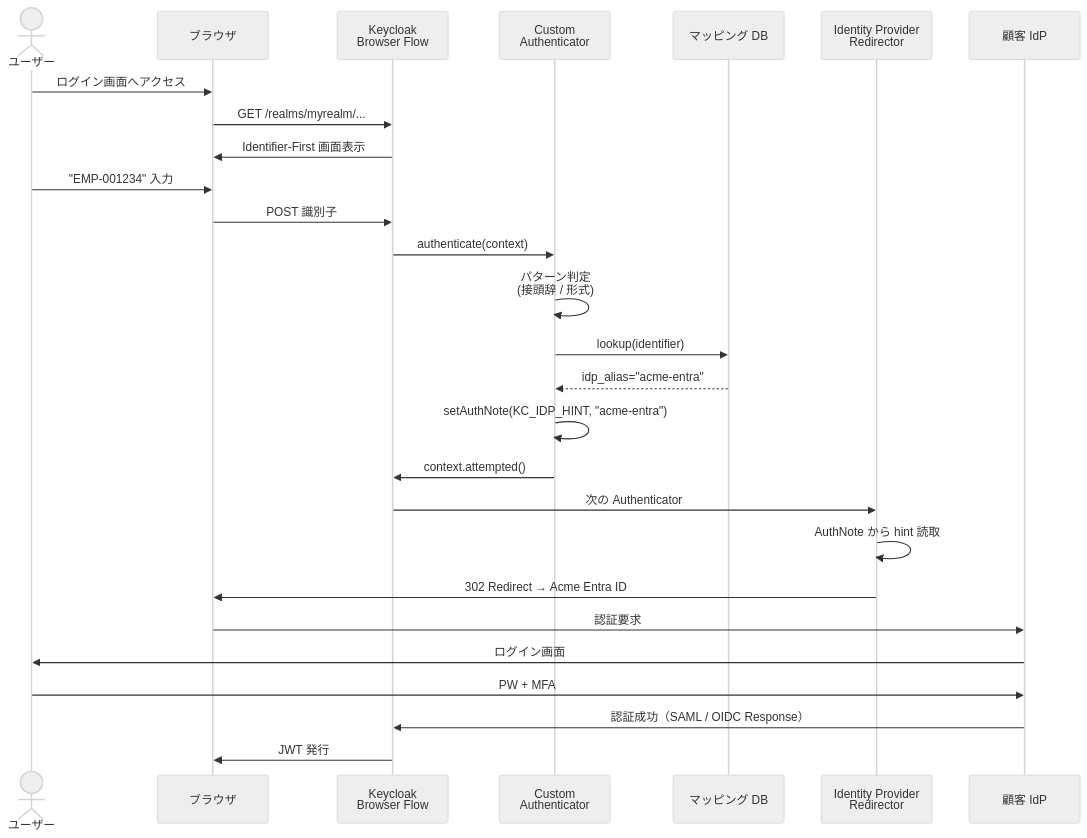
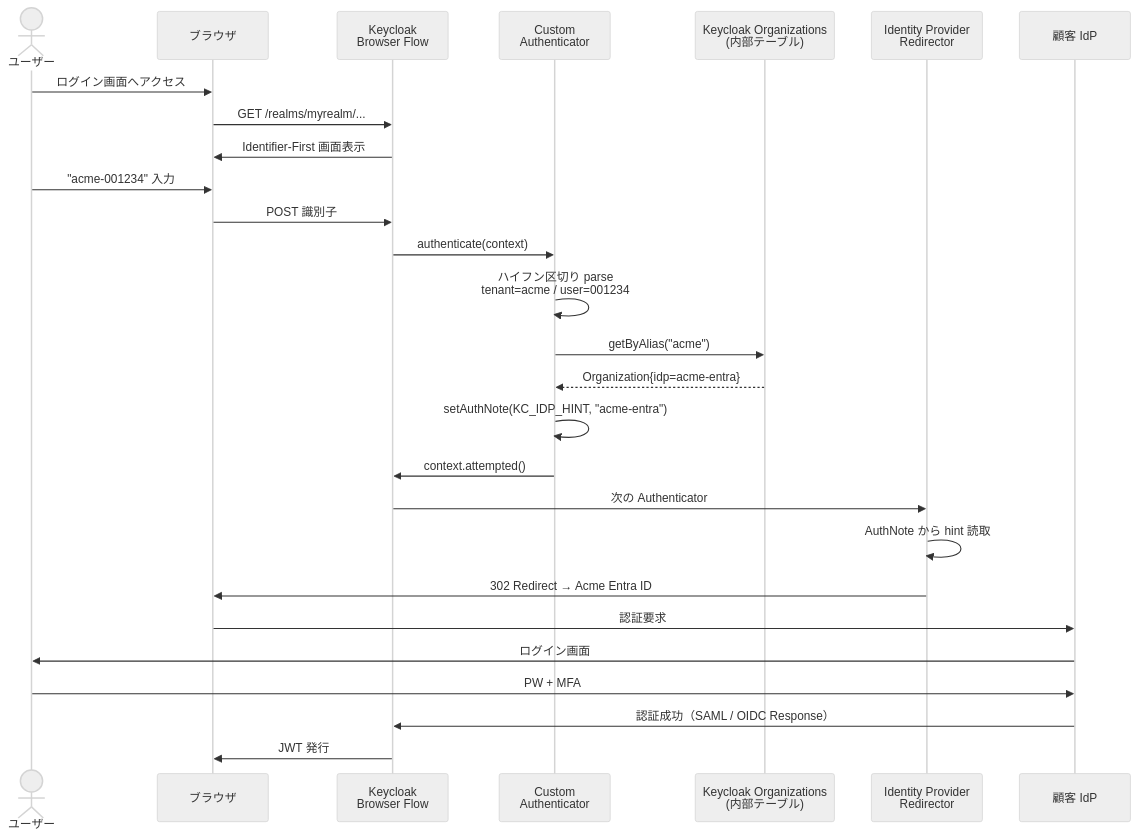
One commit to suepie/aws-atuh-poc changed the second of 10 diagrams in doc/adr/055-hrd-implementation-method-selection.md. Above: the diagram before and after it, drawn with Mermaid (neutral theme). The commit also changed other lines of this file and 3 other files, not shown here.

First line of the commit message:
HRD 設計確定: ハイフン区切り <tenant>-<userid> + 薄い SPI + Keycloak Organizations 内部データ

````diff
--- a/doc/adr/055-hrd-implementation-method-selection.md
+++ b/doc/adr/055-hrd-implementation-method-selection.md
@@ -98,30 +146,30 @@
 ```mermaid
 sequenceDiagram
     actor User as ユーザー
     participant Browser as ブラウザ
     participant KC as Keycloak<br/>Browser Flow
     participant Auth as Custom<br/>Authenticator
-    participant Map as マッピング DB
+    participant Map as Keycloak Organizations<br/>(内部テーブル)
     participant IPR as Identity Provider<br/>Redirector
     participant IdP as 顧客 IdP
 
     User->>Browser: ログイン画面へアクセス
     Browser->>KC: GET /realms/myrealm/...
     KC->>Browser: Identifier-First 画面表示
-    User->>Browser: "EMP-001234" 入力
+    User->>Browser: "acme-001234" 入力
     Browser->>KC: POST 識別子
     KC->>Auth: authenticate(context)
-    Auth->>Auth: パターン判定<br/>(接頭辞 / 形式)
-    Auth->>Map: lookup(identifier)
-    Map-->>Auth: idp_alias="acme-entra"
+    Auth->>Auth: ハイフン区切り parse<br/>tenant=acme / user=001234
+    Auth->>Map: getByAlias("acme")
+    Map-->>Auth: Organization{idp=acme-entra}
     Auth->>Auth: setAuthNote(KC_IDP_HINT, "acme-entra")
     Auth->>KC: context.attempted()
     KC->>IPR: 次の Authenticator
     IPR->>IPR: AuthNote から hint 読取
     IPR->>Browser: 302 Redirect → Acme Entra ID
     Browser->>IdP: 認証要求
     IdP->>User: ログイン画面
     User->>IdP: PW + MFA
     IdP->>KC: 認証成功（SAML / OIDC Response）
     KC->>Browser: JWT 発行
 ```
````
